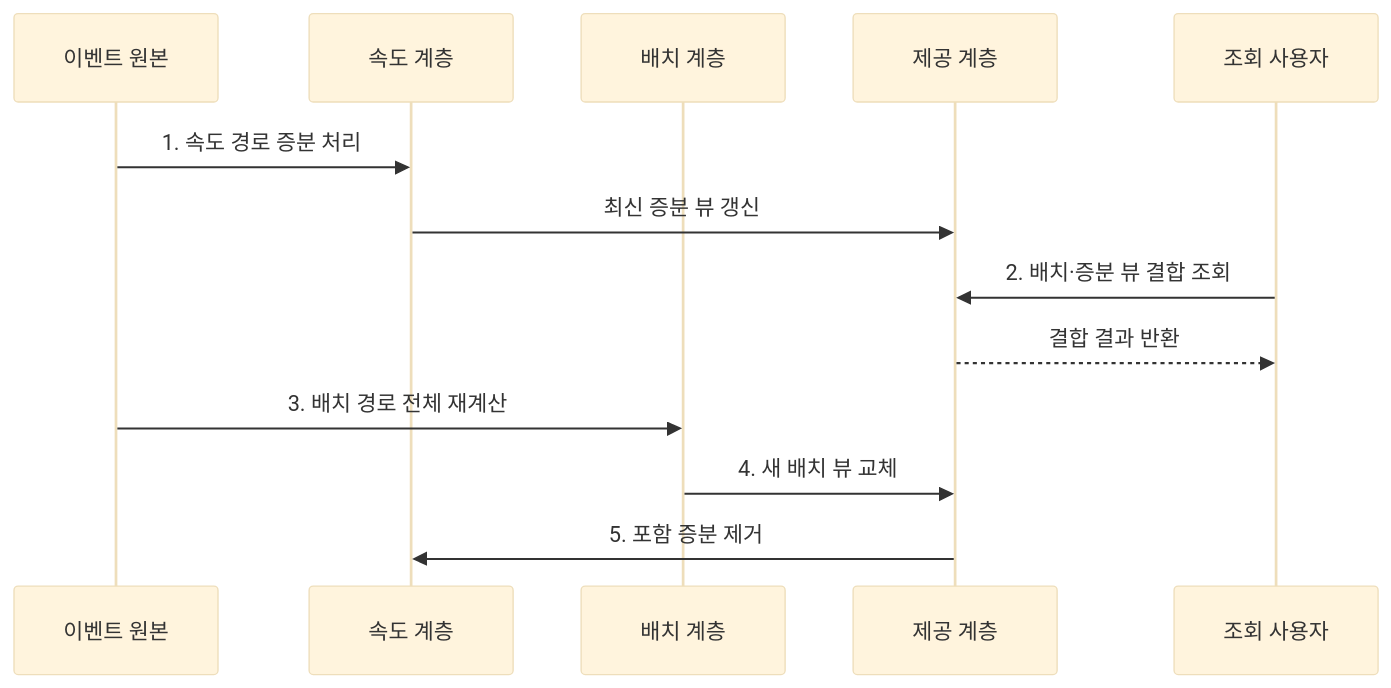
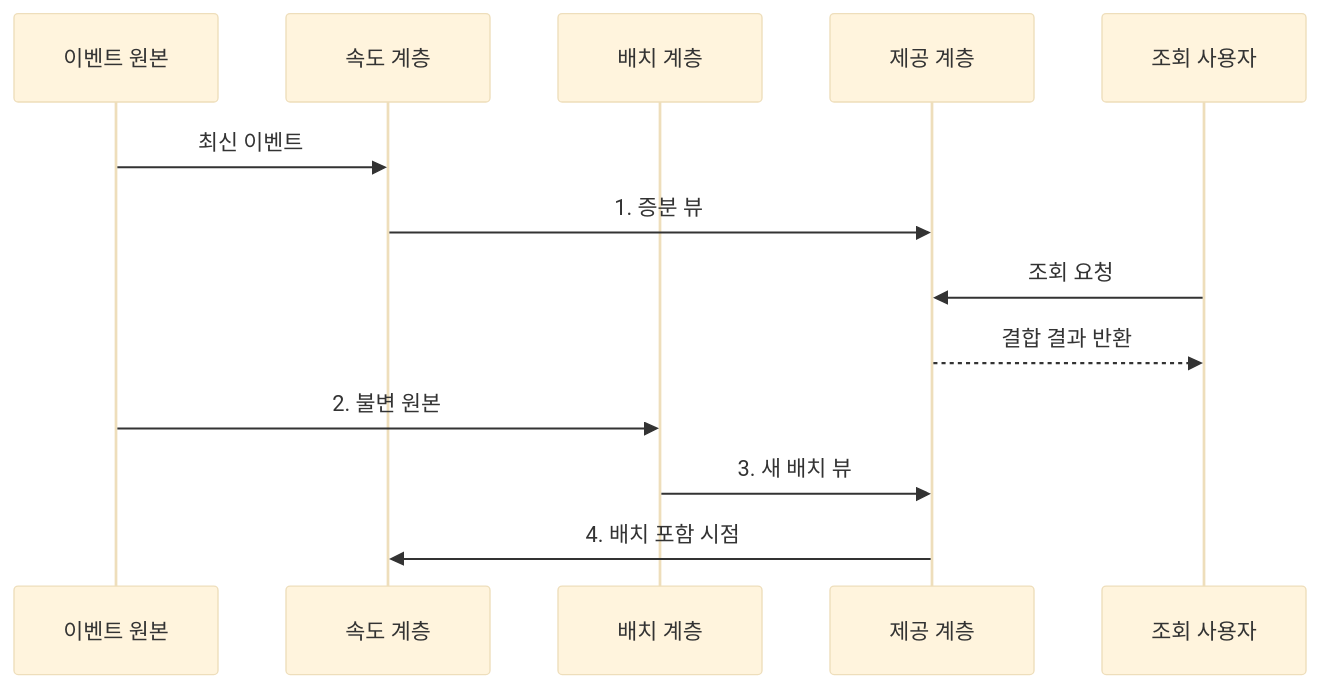
The second of 2 diagrams in src/content/docs/notes/03-software/118_lambda_architecture.md (agnusdei1207/knowledge-base), drawn with Mermaid (base theme) before and after one commit. The commit also changed other lines of this file and 20 other files, not shown here.

````diff
--- a/src/content/docs/notes/03-software/118_lambda_architecture.md
+++ b/src/content/docs/notes/03-software/118_lambda_architecture.md
@@ -78,15 +83,15 @@
 ```mermaid
 sequenceDiagram
     participant E as 이벤트 원본
     participant S as 속도 계층
     participant B as 배치 계층
     participant V as 제공 계층
     participant Q as 조회 사용자
-    E->>S: 1. 속도 경로 증분 처리
-    S->>V: 최신 증분 뷰 갱신
-    Q->>V: 2. 배치·증분 뷰 결합 조회
+    E->>S: 최신 이벤트
+    S->>V: 1. 증분 뷰
+    Q->>V: 조회 요청
     V-->>Q: 결합 결과 반환
-    E->>B: 3. 배치 경로 전체 재계산
-    B->>V: 4. 새 배치 뷰 교체
-    V->>S: 5. 포함 증분 제거
+    E->>B: 2. 불변 원본
+    B->>V: 3. 새 배치 뷰
+    V->>S: 4. 배치 포함 시점
 ```
````
